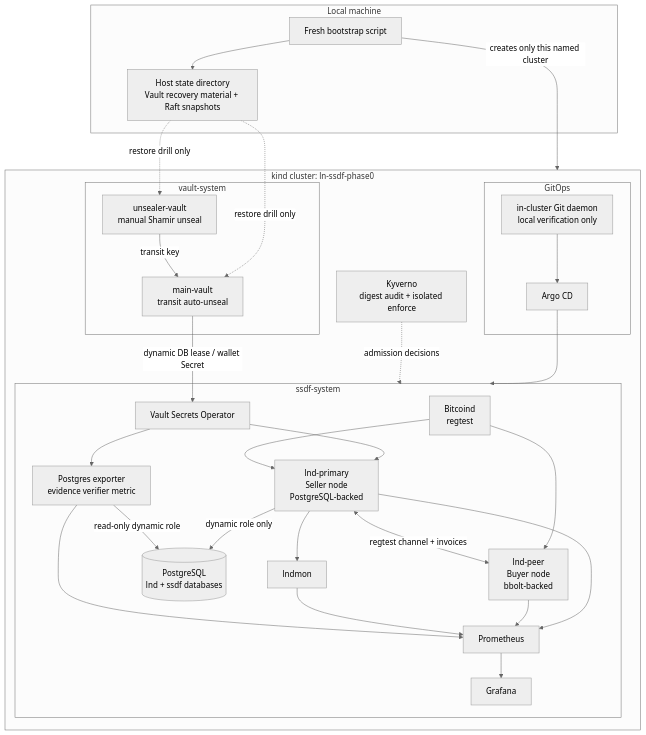
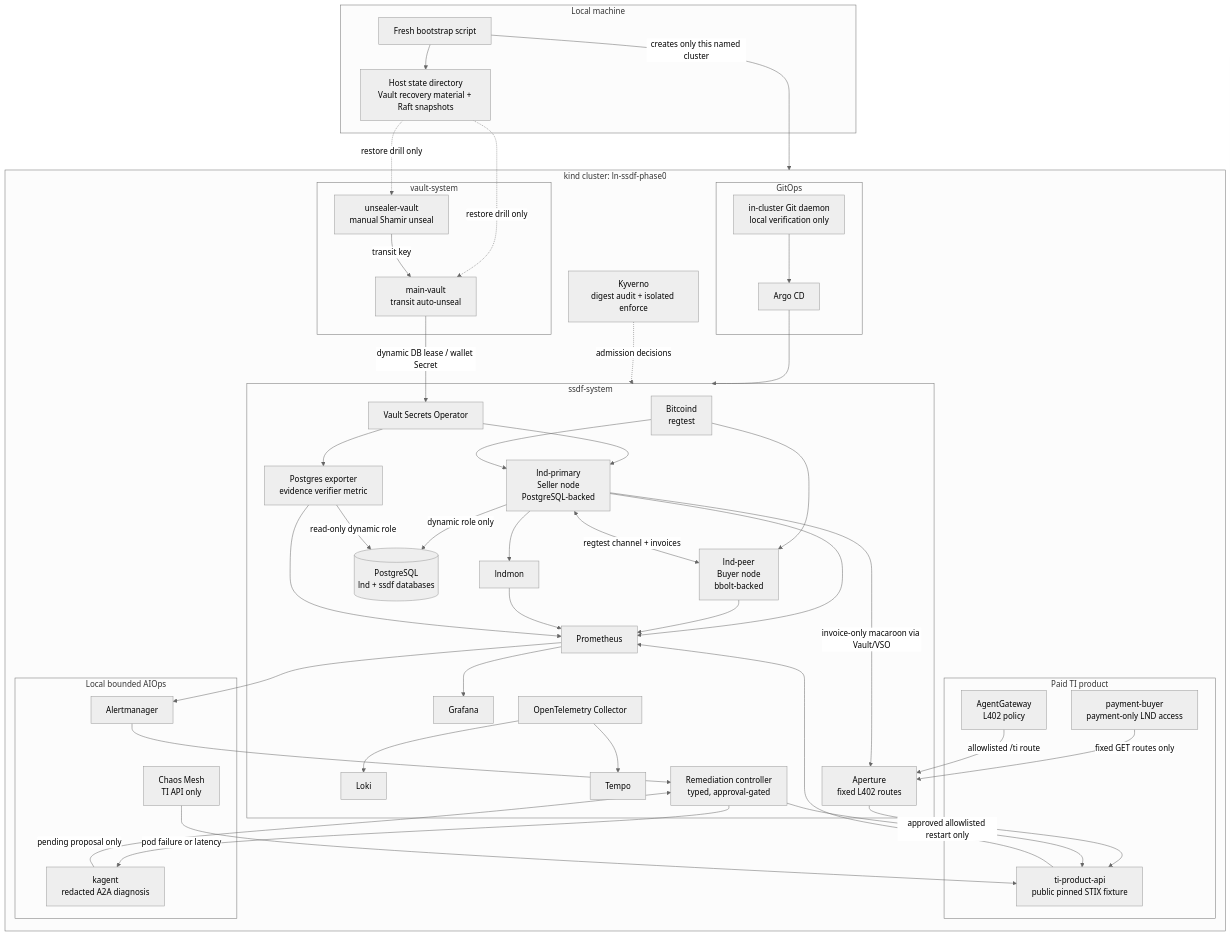
One commit to s1ns3nz0/ln-ssdf changed the diagram in README.md. Above: the diagram before and after it, drawn with Mermaid (neutral theme). The commit also changed other lines of this file and 24 other files, not shown here.

Commit message:
feat: add verified Phase 12 approval-gated AIOps and chaos drills

```diff
--- a/README.md
+++ b/README.md
@@ -47,8 +54,25 @@
       VSO[Vault Secrets Operator]
       Prom[Prometheus]
       Grafana[Grafana]
+      Loki[Loki]
+      Tempo[Tempo]
+      OTel[OpenTelemetry Collector]
       Exporter[Postgres exporter\nevidence verifier metric]
       Lndmon[lndmon]
+      Aperture[Aperture\nfixed L402 routes]
+      Remediation[Remediation controller\ntyped, approval-gated]
+    end
+
+    subgraph Product[Paid TI product]
+      TIAPI[ti-product-api\npublic pinned STIX fixture]
+      PayBuyer[payment-buyer\npayment-only LND access]
+      Gateway[AgentGateway\nL402 policy]
+    end
+
+    subgraph AIOps[Local bounded AIOps]
+      Alertmanager[Alertmanager]
+      Kagent[kagent\nredacted A2A diagnosis]
+      Chaos[Chaos Mesh\nTI API only]
     end
 
     subgraph VaultNS[vault-system]
@@ -75,6 +99,10 @@
   BTC --> Seller
   BTC --> Buyer
   Seller <-->|regtest channel + invoices| Buyer
+  Seller -->|invoice-only macaroon via Vault/VSO| Aperture
+  PayBuyer -->|fixed GET routes only| Aperture
+  Aperture --> TIAPI
+  Gateway -->|allowlisted /ti route| Aperture
   Seller -->|dynamic role only| PG
   Exporter -->|read-only dynamic role| PG
   Seller --> Lndmon
@@ -83,6 +111,15 @@
   Lndmon --> Prom
   Exporter --> Prom
   Prom --> Grafana
+  TIAPI --> Prom
+  OTel --> Loki
+  OTel --> Tempo
+  Prom --> Alertmanager
+  Alertmanager --> Remediation
+  Remediation --> Kagent
+  Kagent -->|pending proposal only| Remediation
+  Chaos -->|pod failure or latency| TIAPI
+  Remediation -->|approved allowlisted restart only| TIAPI
   Git --> Argo
   Argo --> SSDF
   Policy -. admission decisions .-> SSDF
```
